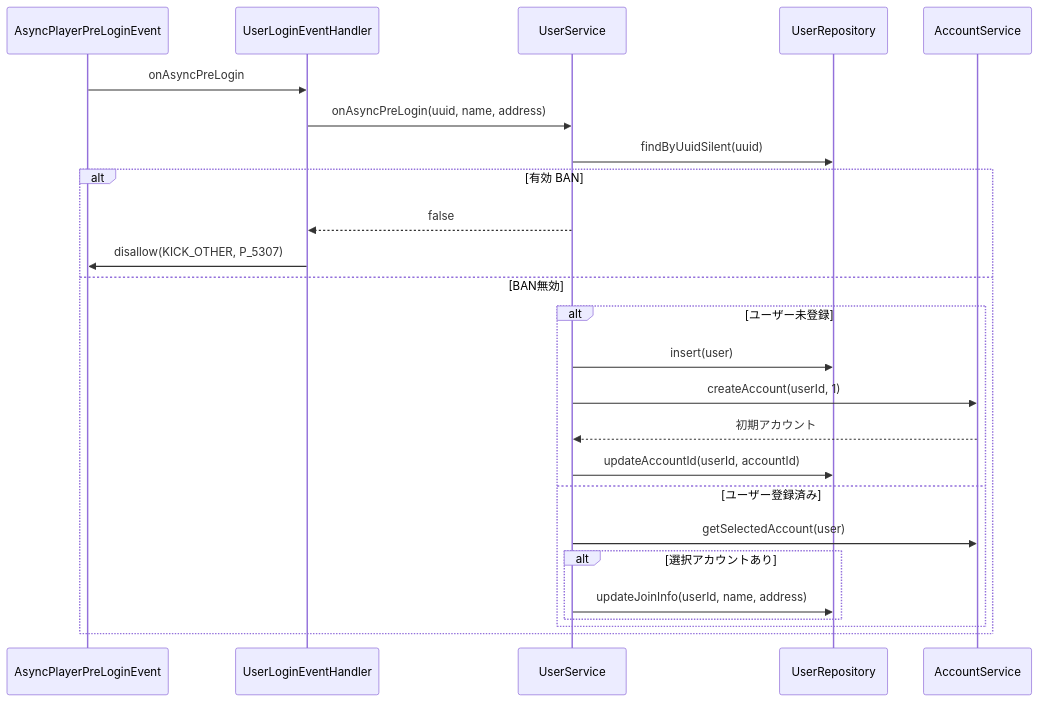
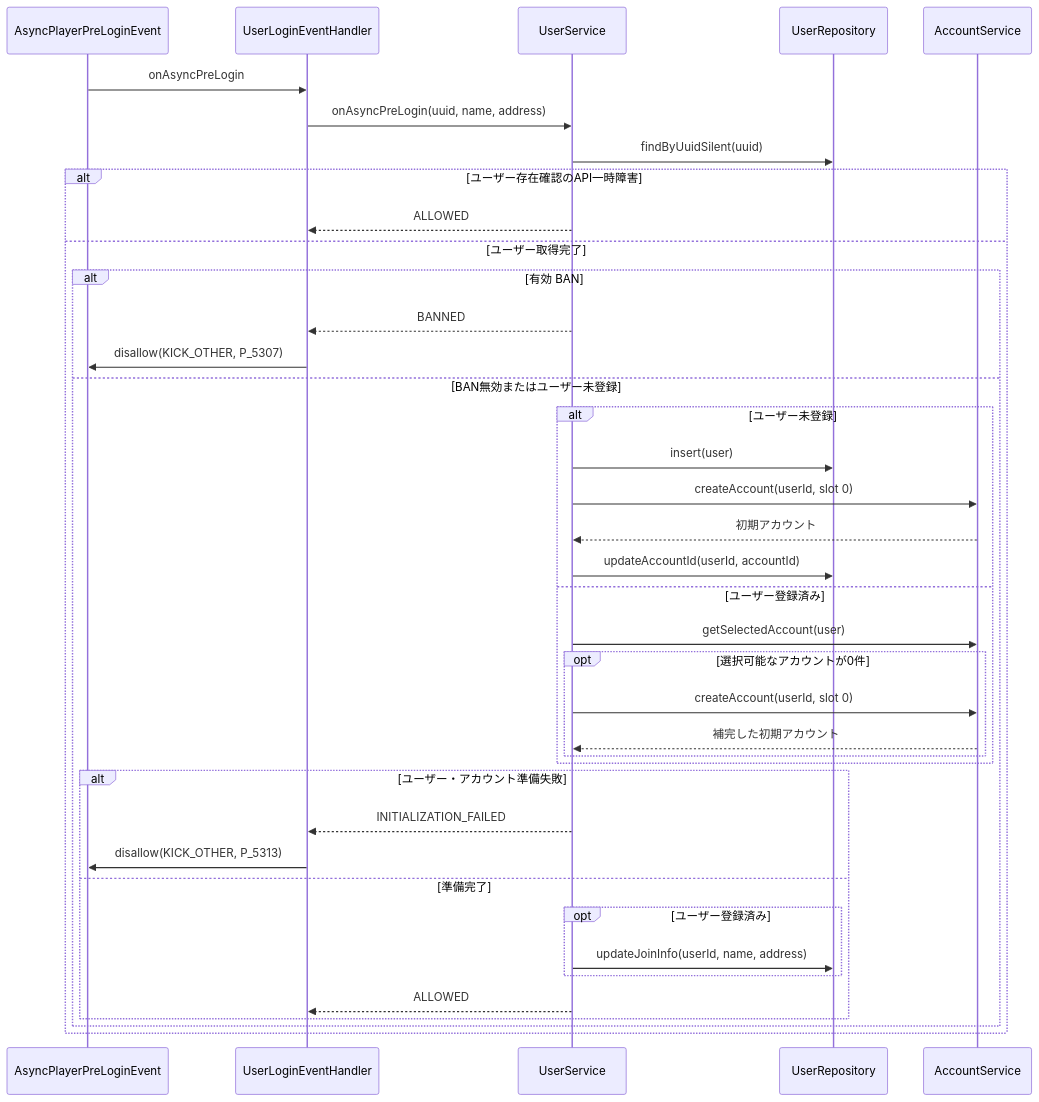
Before and after one commit to maaasu/AstralRecord-Workspace: the first of 3 diagrams in 00_docs/10_Plugin設計書/feature/01-user/01_4-統合フロー.md, drawn with Mermaid. The commit also changed other lines of this file and 17 other files, not shown here.

````diff
--- a/00_docs/10_Plugin設計書/feature/01-user/01_4-統合フロー.md
+++ b/00_docs/10_Plugin設計書/feature/01-user/01_4-統合フロー.md
@@ -7,28 +7,42 @@
 ```mermaid
 sequenceDiagram
     participant EVT as AsyncPlayerPreLoginEvent
     participant H as UserLoginEventHandler
     participant S as UserService
     participant UR as UserRepository
     participant AS as AccountService
 
     EVT->>H: onAsyncPreLogin
     H->>S: onAsyncPreLogin(uuid, name, address)
     S->>UR: findByUuidSilent(uuid)
-    alt 有効 BAN
-        S-->>H: false
-        H->>EVT: disallow(KICK_OTHER, P_5307)
-    else BAN無効
-    alt ユーザー未登録
-        S->>UR: insert(user)
-        S->>AS: createAccount(userId, 1)
-        AS-->>S: 初期アカウント
-        S->>UR: updateAccountId(userId, accountId)
-    else ユーザー登録済み
-        S->>AS: getSelectedAccount(user)
-        alt 選択アカウントあり
+    alt ユーザー存在確認のAPI一時障害
+        S-->>H: ALLOWED
+    else ユーザー取得完了
+        alt 有効 BAN
+            S-->>H: BANNED
+            H->>EVT: disallow(KICK_OTHER, P_5307)
+        else BAN無効またはユーザー未登録
+            alt ユーザー未登録
+                S->>UR: insert(user)
+                S->>AS: createAccount(userId, slot 0)
+                AS-->>S: 初期アカウント
+                S->>UR: updateAccountId(userId, accountId)
+            else ユーザー登録済み
+                S->>AS: getSelectedAccount(user)
+                opt 選択可能なアカウントが0件
+                    S->>AS: createAccount(userId, slot 0)
+                    AS-->>S: 補完した初期アカウント
+                end
+            end
+            alt ユーザー・アカウント準備失敗
+                S-->>H: INITIALIZATION_FAILED
+                H->>EVT: disallow(KICK_OTHER, P_5313)
+            else 準備完了
+                opt ユーザー登録済み
             S->>UR: updateJoinInfo(userId, name, address)
+                end
+                S-->>H: ALLOWED
+            end
         end
     end
-    end
 ```
````
